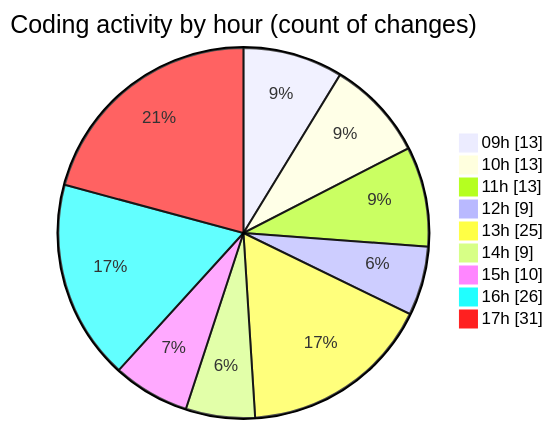
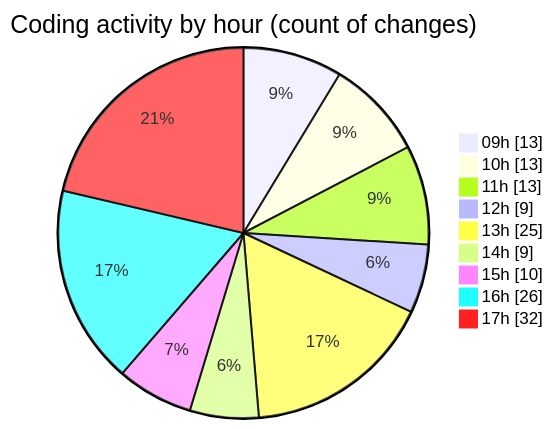
Before and after one commit to momahboobian/code-tracking: the second of 2 diagrams in 2025-09-23/cda/README.md, drawn with Mermaid. The commit also changed other lines of this file and 1 other file, not shown here.

````diff
--- a/2025-09-23/cda/README.md
+++ b/2025-09-23/cda/README.md
@@ -45,13 +45,13 @@
 ```mermaid
 pie showData
 title Coding activity by hour (count of changes)
 "09h" : 13
 "10h" : 13
 "11h" : 13
 "12h" : 9
 "13h" : 25
 "14h" : 9
 "15h" : 10
 "16h" : 26
-"17h" : 31
+"17h" : 32
 ```
````
